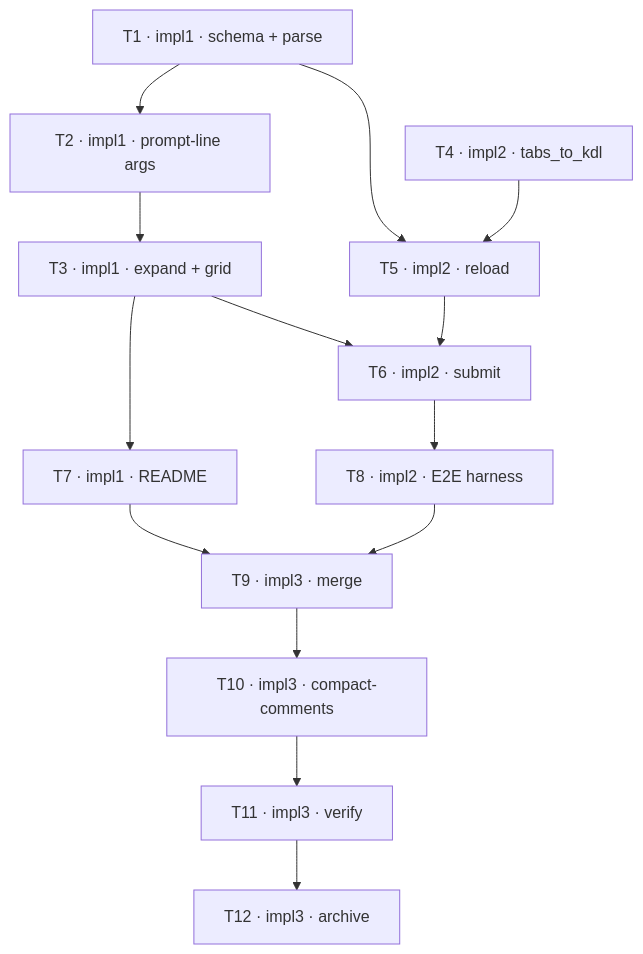
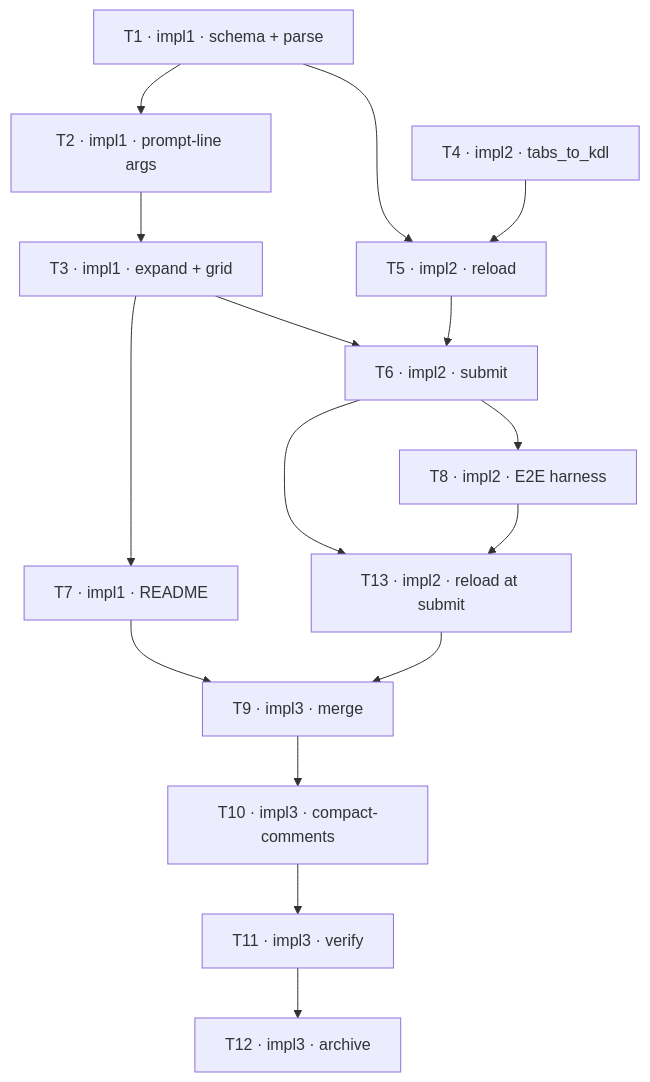
Before and after one commit to treekmk/zellaude: the diagram in CLAUDE_TODO-layout-generator.md, drawn with Mermaid. The commit also changed other lines of this file and 1 other file, not shown here.

First line of the commit message:
[revise] Reload at submit (T13) and the measured E2E recipe

````diff
--- a/CLAUDE_TODO-layout-generator.md
+++ b/CLAUDE_TODO-layout-generator.md
@@ -40,17 +41,19 @@
 ```mermaid
 graph TD
   T1[T1 · impl1 · schema + parse] --> T2[T2 · impl1 · prompt-line args]
   T2 --> T3[T3 · impl1 · expand + grid]
   T4[T4 · impl2 · tabs_to_kdl]
   T1 --> T5[T5 · impl2 · reload]
   T4 --> T5
   T3 --> T6[T6 · impl2 · submit]
   T5 --> T6
   T3 --> T7[T7 · impl1 · README]
   T6 --> T8[T8 · impl2 · E2E harness]
+  T6 --> T13[T13 · impl2 · reload at submit]
+  T8 --> T13
   T7 --> T9[T9 · impl3 · merge]
-  T8 --> T9
+  T13 --> T9
   T9 --> T10[T10 · impl3 · compact-comments]
   T10 --> T11[T11 · impl3 · verify]
   T11 --> T12[T12 · impl3 · archive]
 ```
````
